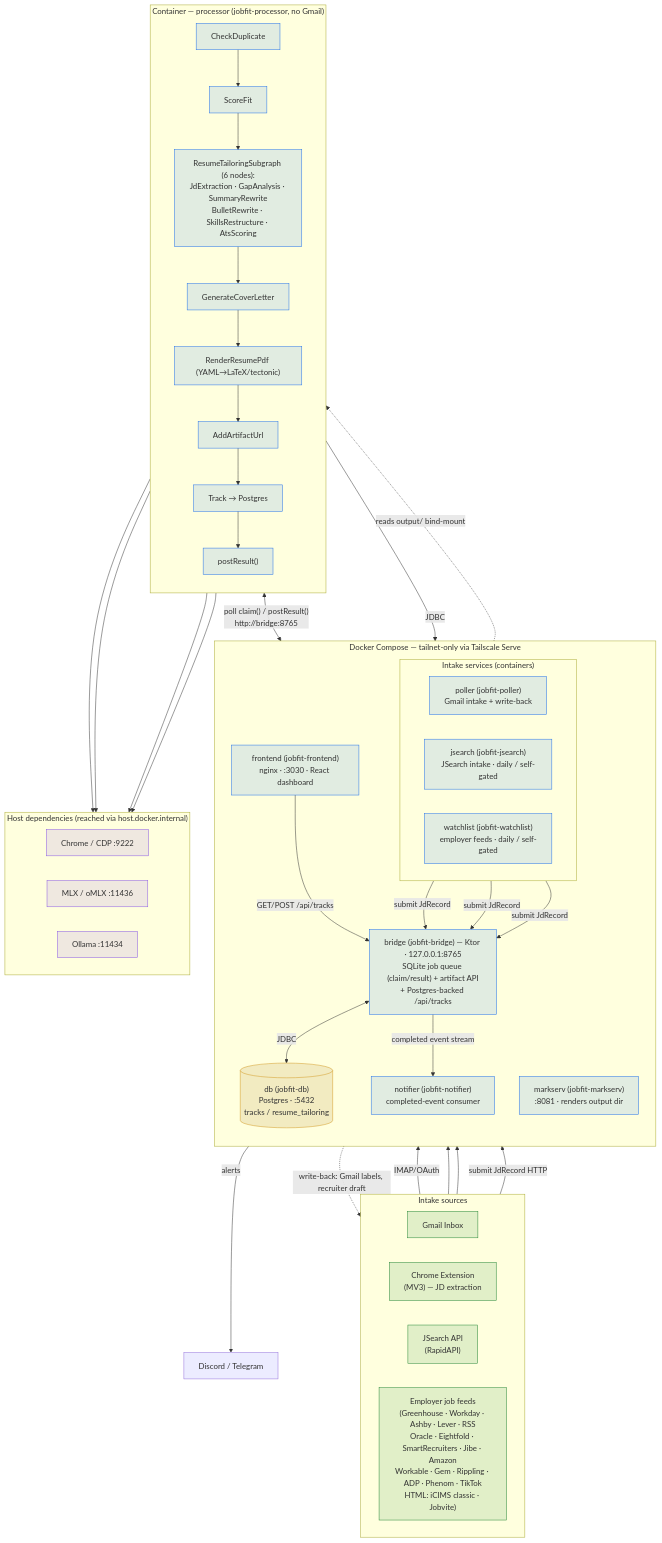
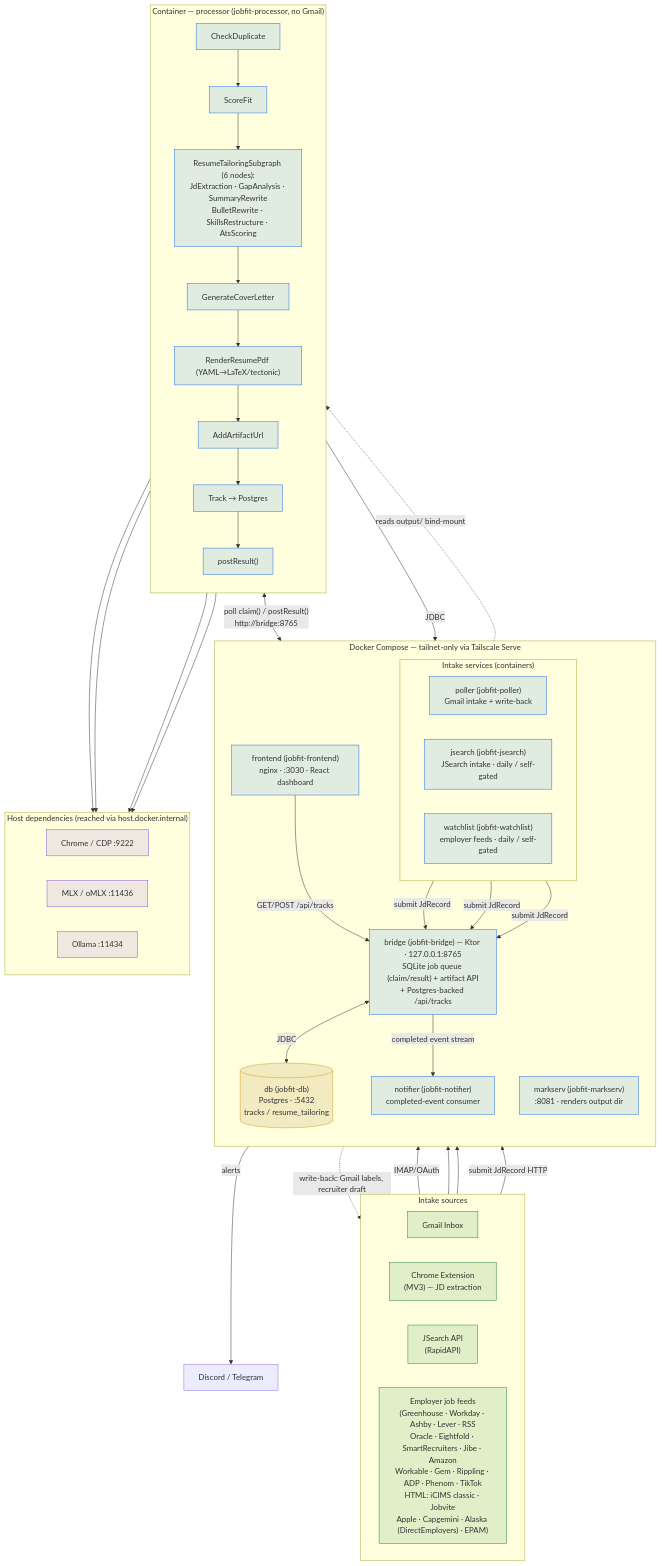
Before and after one commit to dkkyai/job-fit-apply-ai: the diagram in README.md, drawn with Mermaid. The commit also changed 16 other files, not shown here.

First line of the commit message:
feat(watchlist): Apple, Capgemini, Alaska Airlines (DirectEmployers) and EPAM adapters

```diff
--- a/README.md
+++ b/README.md
@@ -18,7 +18,7 @@
         GM["Gmail Inbox"]
         EXT["Chrome Extension<br/>(MV3) — JD extraction"]
         JS_API["JSearch API<br/>(RapidAPI)"]
-        ATS["Employer job feeds<br/>(Greenhouse · Workday · Ashby · Lever · RSS<br/>Oracle · Eightfold · SmartRecruiters · Jibe · Amazon<br/>Workable · Gem · Rippling · ADP · Phenom · TikTok<br/>HTML: iCIMS classic · Jobvite)"]
+        ATS["Employer job feeds<br/>(Greenhouse · Workday · Ashby · Lever · RSS<br/>Oracle · Eightfold · SmartRecruiters · Jibe · Amazon<br/>Workable · Gem · Rippling · ADP · Phenom · TikTok<br/>HTML: iCIMS classic · Jobvite<br/>Apple · Capgemini · Alaska (DirectEmployers) · EPAM)"]
     end
 
     %% ---------------- Docker Compose ----------------
```
